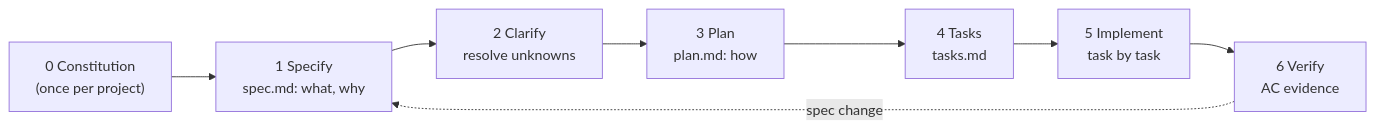
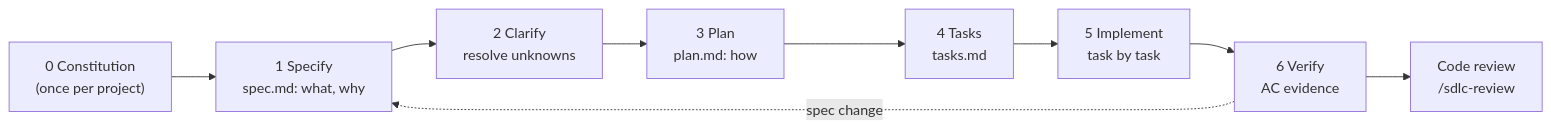
Before and after one commit to nagarroARBsf/Sf-skills-agents: the diagram in .claude/skills/sdlc-spec-driven-development/SKILL.md, drawn with Mermaid. The commit also changed other lines of this file and 5983 other files, not shown here.

First line of the commit message:
Claude Code plugin sf-sdlc 2.0 and plugin structure docs

````diff
--- a/.claude/skills/sdlc-spec-driven-development/SKILL.md
+++ b/.claude/skills/sdlc-spec-driven-development/SKILL.md
@@ -15,10 +15,11 @@
 ```mermaid
 flowchart LR
     C["0 Constitution<br/>(once per project)"] --> S["1 Specify<br/>spec.md: what, why"]
     S --> Q["2 Clarify<br/>resolve unknowns"]
     Q --> P["3 Plan<br/>plan.md: how"]
     P --> T["4 Tasks<br/>tasks.md"]
     T --> I["5 Implement<br/>task by task"]
     I --> V["6 Verify<br/>AC evidence"]
+    V --> R["Code review<br/>/sdlc-review"]
     V -.->|"spec change"| S
 ```
````
